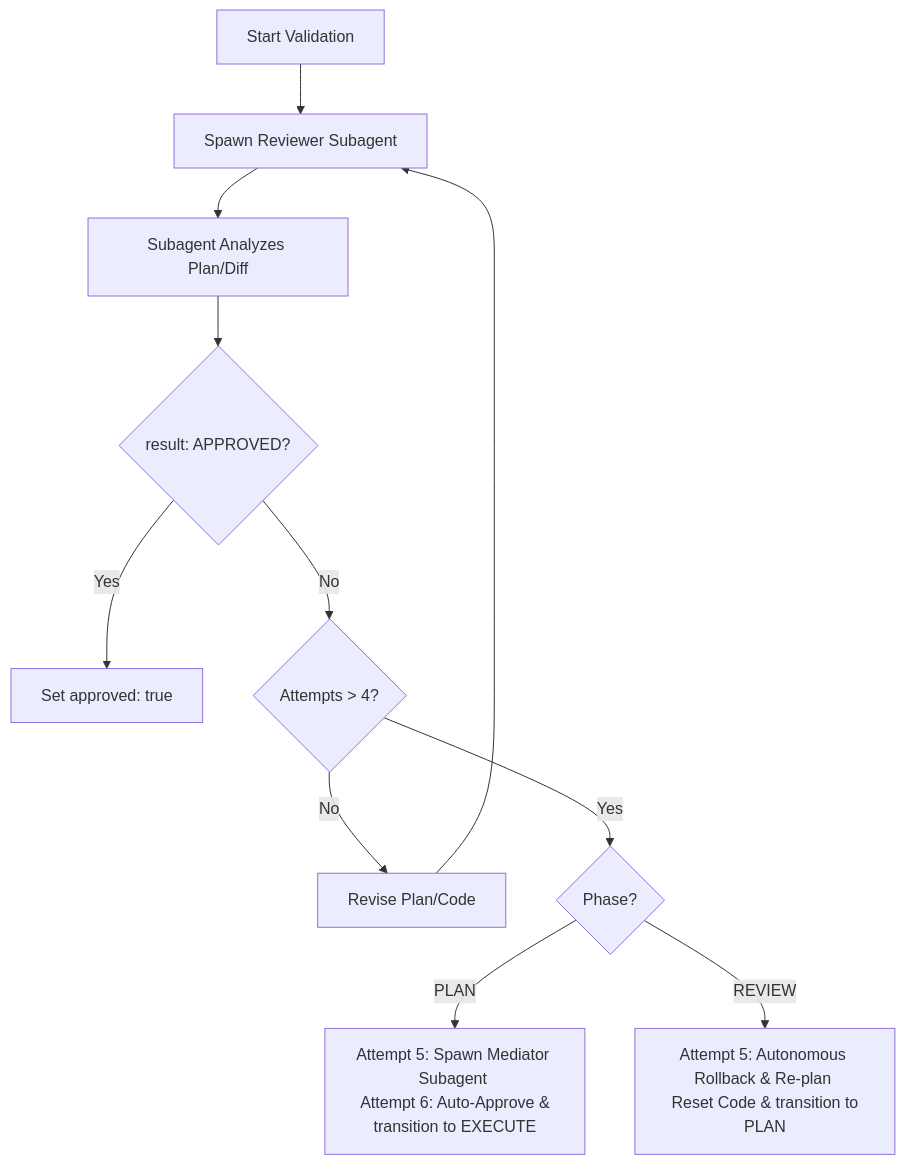
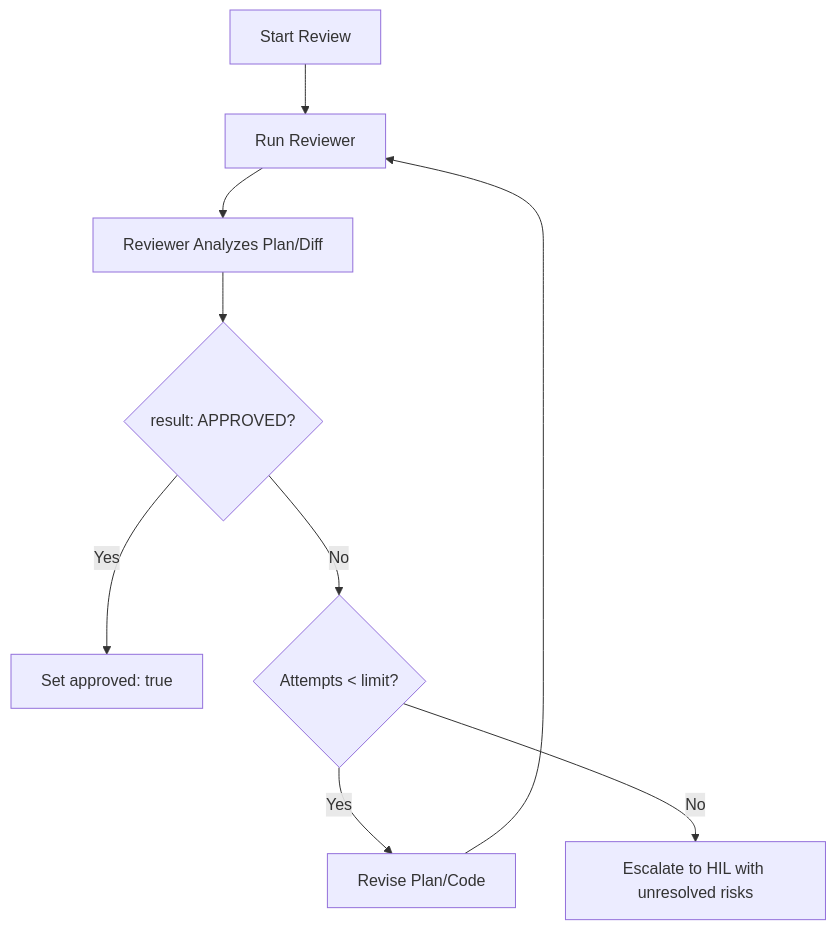
One commit to FilipKrawiec/skills changed the diagram in skills/sdlc/references/multi-agent-negotiation.md. Above: the diagram before and after it, drawn with Mermaid. The commit also changed other lines of this file and 28 other files, not shown here.

````diff
--- a/skills/sdlc/references/multi-agent-negotiation.md
+++ b/skills/sdlc/references/multi-agent-negotiation.md
@@ -11,13 +11,11 @@
 ```mermaid
 graph TD
-    A[Start Validation] --> B[Spawn Reviewer Subagent]
-    B --> C[Subagent Analyzes Plan/Diff]
+    A[Start Review] --> B[Run Reviewer]
+    B --> C[Reviewer Analyzes Plan/Diff]
     C --> D{result: APPROVED?}
     D -- Yes --> E[Set approved: true]
-    D -- No --> F{Attempts > 4?}
-    F -- No --> H[Revise Plan/Code]
+    D -- No --> F{Attempts < limit?}
+    F -- Yes --> H[Revise Plan/Code]
     H --> B
-    F -- Yes --> I{Phase?}
-    I -- PLAN --> J[Attempt 5: Spawn Mediator Subagent <br> Attempt 6: Auto-Approve & transition to EXECUTE]
-    I -- REVIEW --> K[Attempt 5: Autonomous Rollback & Re-plan <br> Reset Code & transition to PLAN]
+    F -- No --> I[Escalate to HIL with unresolved risks]
 ```
````
